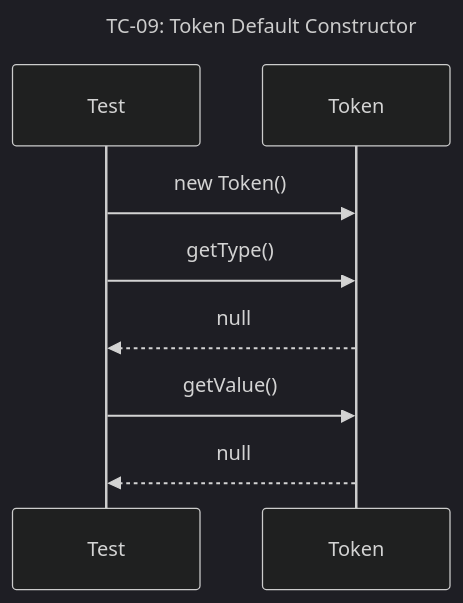
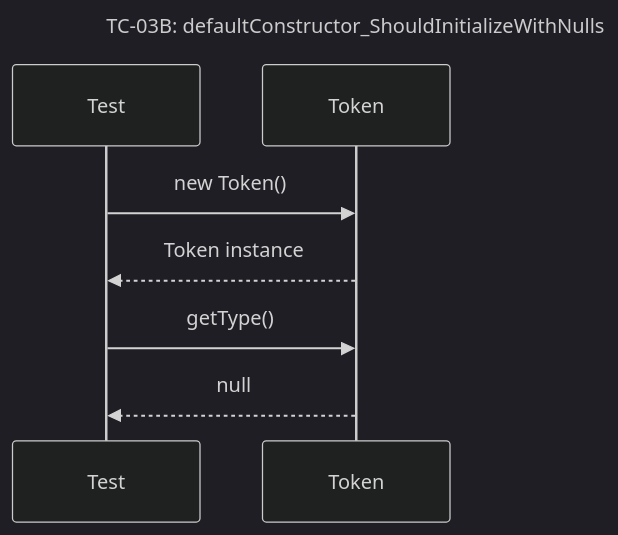
One commit to Dikhang1112/Database_Management_BBV changed diagram 14 of 41 in docs/unit_test/query_prossor/SequeceTestCase.md. Above: the diagram before and after it, drawn with Mermaid (dark theme). The commit also changed other lines of this file and 6 other files, not shown here.

Commit message:
Add docs sequece diagram and scenario testcase

````diff
--- a/docs/unit_test/query_prossor/SequeceTestCase.md
+++ b/docs/unit_test/query_prossor/SequeceTestCase.md
@@ -151,12 +186,11 @@
 ```mermaid
 sequenceDiagram
-    title TC-09: Token Default Constructor
+    title TC-03B: defaultConstructor_ShouldInitializeWithNulls
     participant Test
     participant Token
 
     Test->>Token: new Token()
+    Token-->>Test: Token instance
     Test->>Token: getType()
     Token-->>Test: null
-    Test->>Token: getValue()
-    Token-->>Test: null
 ```
````
